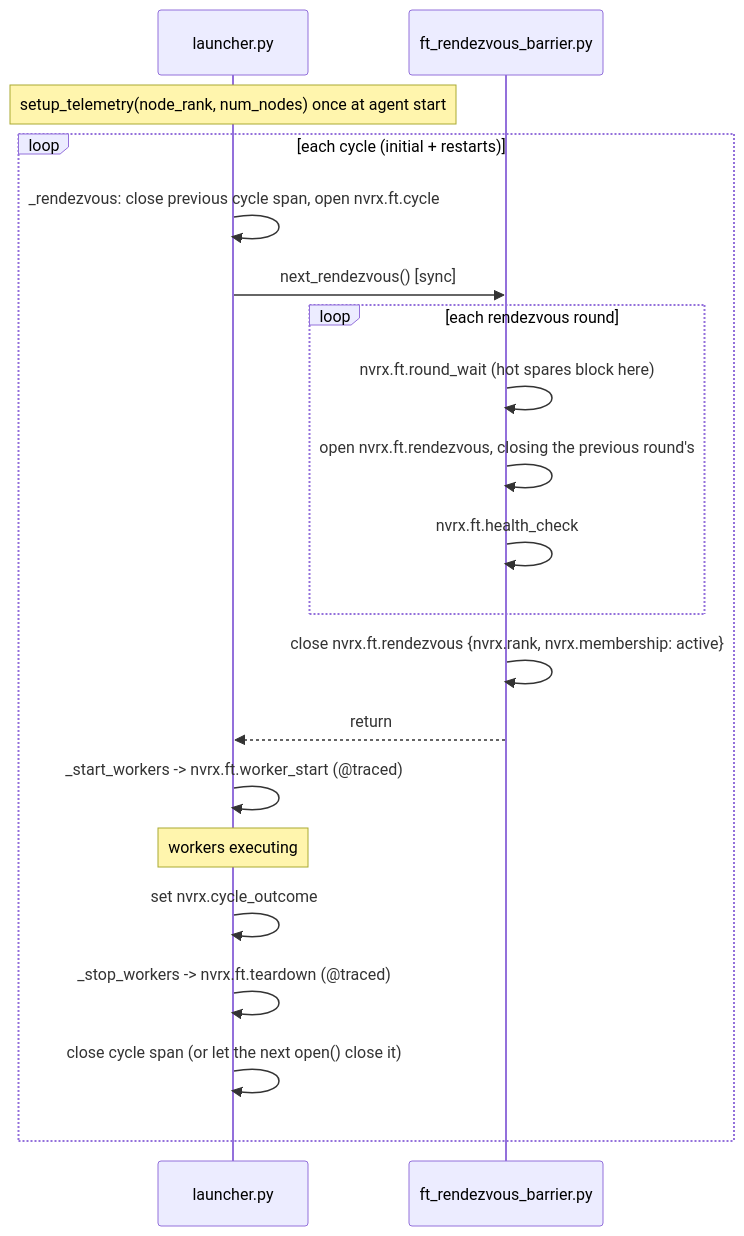
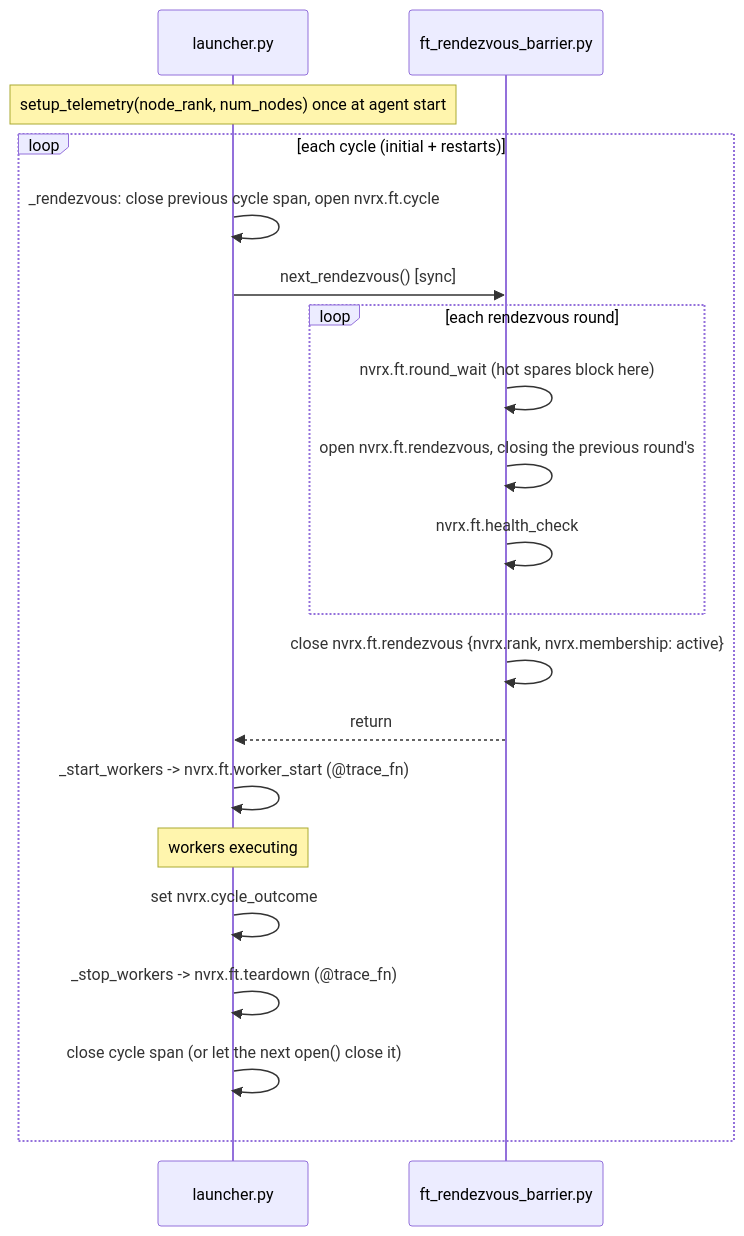
The second of 3 diagrams in docs/design/telemetry/NEMO_LENS.md (NVIDIA/nvidia-resiliency-ext), drawn with Mermaid before and after one commit. The commit also changed other lines of this file and 3 other files, not shown here.

````diff
--- a/docs/design/telemetry/NEMO_LENS.md
+++ b/docs/design/telemetry/NEMO_LENS.md
@@ -97,24 +100,24 @@
 ```mermaid
 sequenceDiagram
     participant L as launcher.py
     participant R as ft_rendezvous_barrier.py
 
     Note over L: setup_telemetry(node_rank, num_nodes) once at agent start
 
     loop each cycle (initial + restarts)
         L->>L: _rendezvous: close previous cycle span, open nvrx.ft.cycle
         L->>R: next_rendezvous() [sync]
         loop each rendezvous round
             R->>R: nvrx.ft.round_wait (hot spares block here)
             R->>R: open nvrx.ft.rendezvous, closing the previous round's
             R->>R: nvrx.ft.health_check
         end
         R->>R: close nvrx.ft.rendezvous {nvrx.rank, nvrx.membership: active}
         R-->>L: return
-        L->>L: _start_workers -> nvrx.ft.worker_start (@traced)
+        L->>L: _start_workers -> nvrx.ft.worker_start (@trace_fn)
         Note over L: workers executing
         L->>L: set nvrx.cycle_outcome
-        L->>L: _stop_workers -> nvrx.ft.teardown (@traced)
+        L->>L: _stop_workers -> nvrx.ft.teardown (@trace_fn)
         L->>L: close cycle span (or let the next open() close it)
     end
 ```
````
